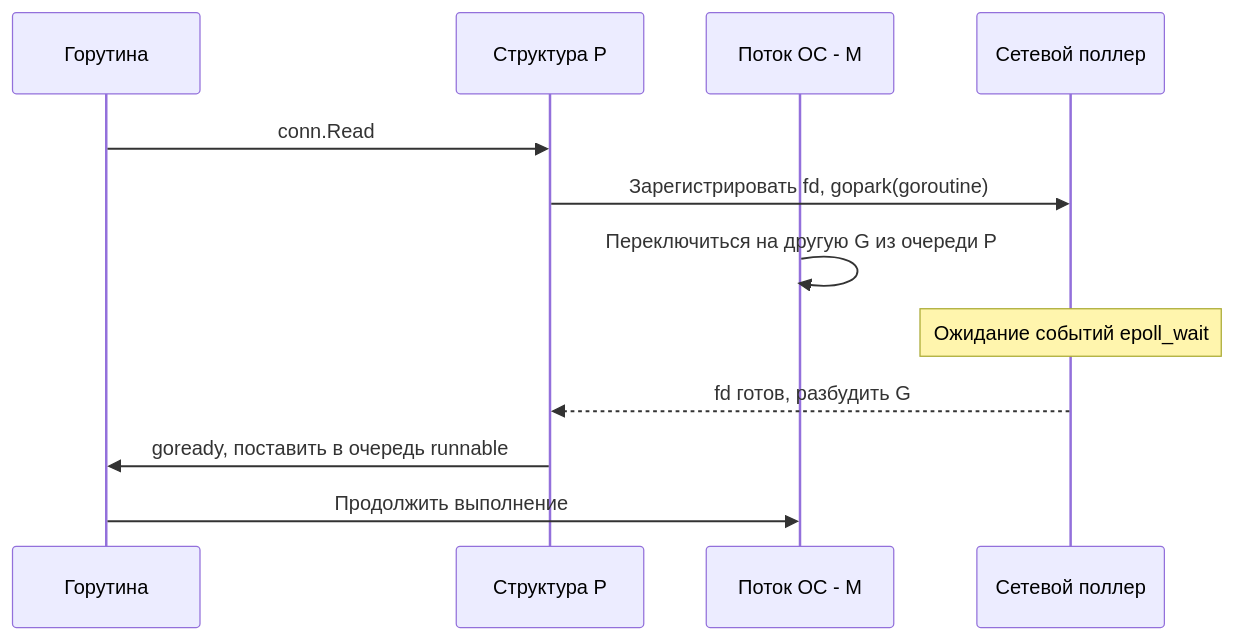
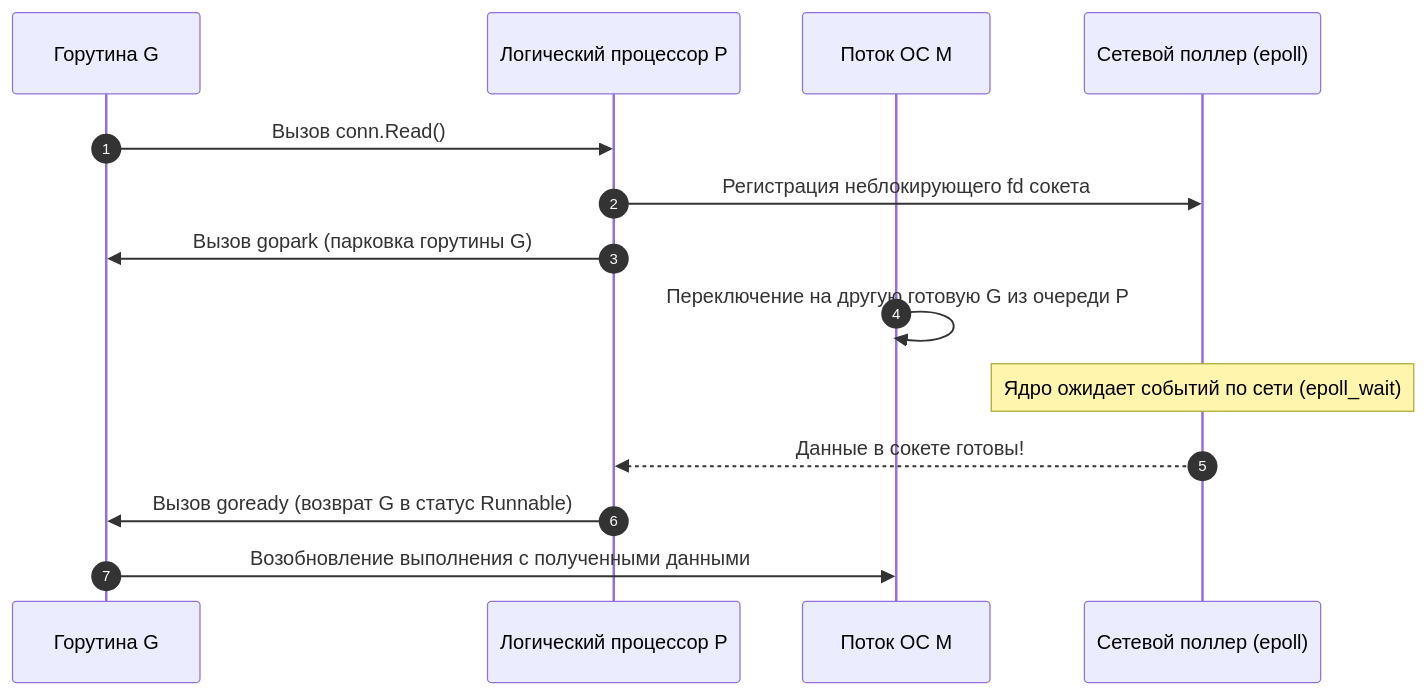
One commit to UnrealTemplier/go-textbook changed the second of 2 diagrams in sources/16. Профилирование, отладка и производительность/01. Фундамент/3. CPU bound vs IO bound задачи.md. Above: the diagram before and after it, drawn with Mermaid. The commit also changed other lines of this file, not shown here.

````diff
--- a/sources/16. Профилирование, отладка и производительность/01. Фундамент/3. CPU bound vs IO bound задачи.md
+++ b/sources/16. Профилирование, отладка и производительность/01. Фундамент/3. CPU bound vs IO bound задачи.md
@@ -69,14 +103,17 @@
 ```mermaid
 sequenceDiagram
-    participant G as Горутина
-    participant P as Структура P
-    participant M as Поток ОС - M
-    participant Netpoll as Сетевой поллер
-    G->>P: conn.Read
-    P->>Netpoll: Зарегистрировать fd, gopark(goroutine)
-    M->>M: Переключиться на другую G из очереди P
-    Note over Netpoll: Ожидание событий epoll_wait
-    Netpoll-->>P: fd готов, разбудить G
-    P->>G: goready, поставить в очередь runnable
-    G->>M: Продолжить выполнение
+    autonumber
+    participant G as Горутина G
+    participant P as Логический процессор P
+    participant M as Поток ОС M
+    participant Netpoll as Сетевой поллер (epoll)
+
+    G->>P: Вызов conn.Read()
+    P->>Netpoll: Регистрация неблокирующего fd сокета
+    P->>G: Вызов gopark (парковка горутины G)
+    M->>M: Переключение на другую готовую G из очереди P
+    Note over Netpoll: Ядро ожидает событий по сети (epoll_wait)
+    Netpoll-->>P: Данные в сокете готовы!
+    P->>G: Вызов goready (возврат G в статус Runnable)
+    G->>M: Возобновление выполнения с полученными данными
 ```
````
